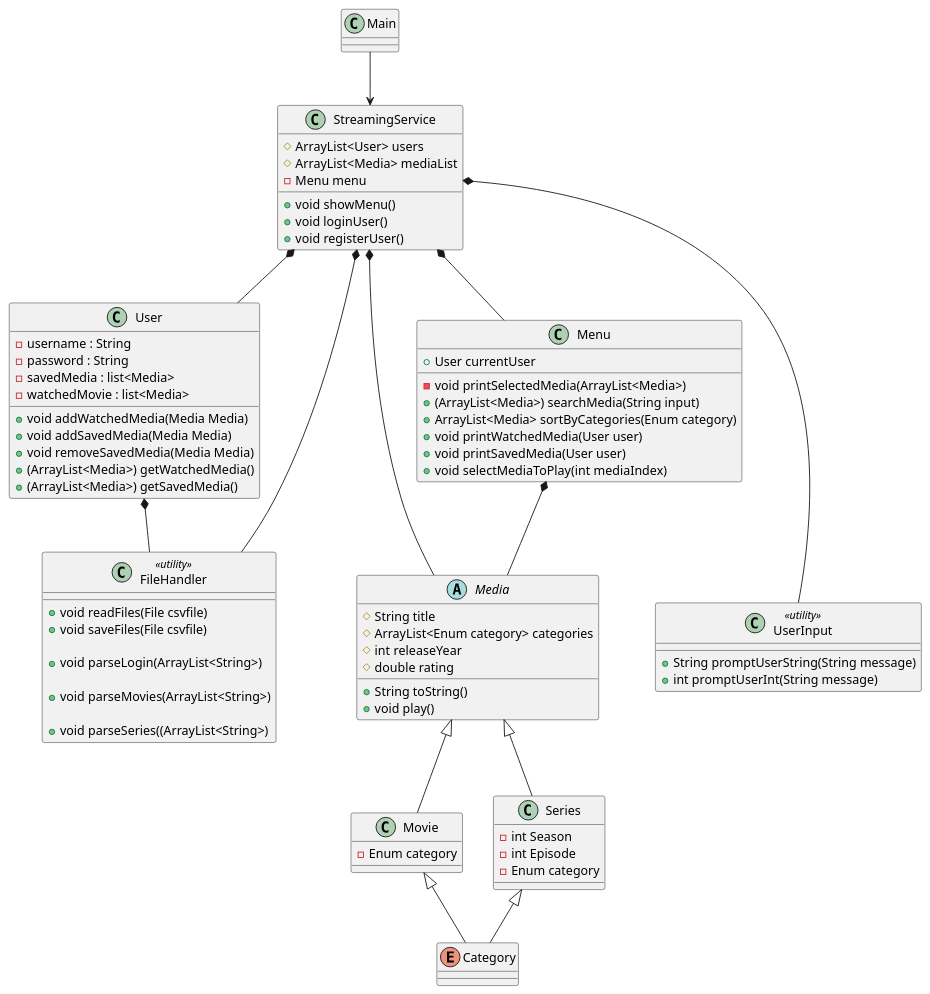
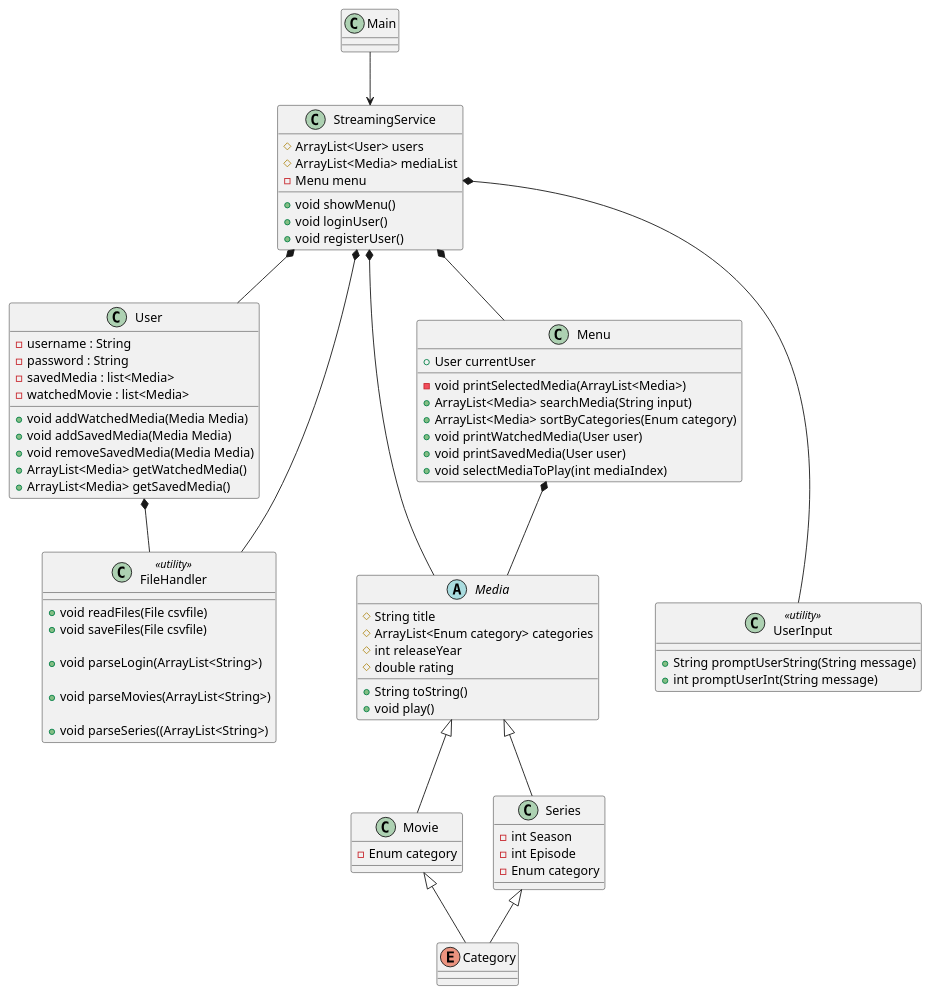
Before and after one commit to Max-Rasmussen/SP3-StreamingService: the diagram in UML DIagram/classDiagram.puml, drawn with PlantUML.

Commit message:
updated classDiagram

```diff
--- a/UML DIagram/classDiagram.puml
+++ b/UML DIagram/classDiagram.puml
@@ -1,121 +1,121 @@
 @startuml
 'https://plantuml.com/sequence-diagram
 
 
 
 
 '==Variabler og methods===
 
 class User{
 - username : String
 - password : String
 - savedMedia : list<Media>
 - watchedMovie : list<Media>
 
 
 + void addWatchedMedia(Media Media)
 + void addSavedMedia(Media Media)
 + void removeSavedMedia(Media Media)
-+ (ArrayList<Media>) getWatchedMedia()
-+ (ArrayList<Media>) getSavedMedia()
++ ArrayList<Media> getWatchedMedia()
++ ArrayList<Media> getSavedMedia()
 
 }
 
 abstract class Media{
 # String title
 # ArrayList<Enum category> categories
 # int releaseYear
 # double rating
 
 + String toString()
 + void play()
 
 
 }
 
 class Main
 
 class Movie{
 
 -Enum category
 }
 
 class Series{
 -int Season
 -int Episode
 -Enum category
 }
 
 
 enum Category
 class StreamingService{
 # ArrayList<User> users
 # ArrayList<Media> mediaList
 - Menu menu
 
 + void showMenu()
 + void loginUser()
 + void registerUser()
 
 
 }
 class FileHandler <<utility>> {
 
 + void readFiles(File csvfile)
 + void saveFiles(File csvfile)
 
 + void parseLogin(ArrayList<String>)
 
 + void parseMovies(ArrayList<String>)
 
 + void parseSeries((ArrayList<String>)
 
 
 }
 
 
 class UserInput <<utility>>{
 
 
 +String promptUserString(String message)
 +int promptUserInt(String message)
 
 }
 class Menu{
 +User currentUser
 
 - void printSelectedMedia(ArrayList<Media>)
-+ (ArrayList<Media>) searchMedia(String input)
++ ArrayList<Media> searchMedia(String input)
 + ArrayList<Media> sortByCategories(Enum category)
 + void printWatchedMedia(User user)
 + void printSavedMedia(User user)
 + void selectMediaToPlay(int mediaIndex)
 
 }
 
 
 '==ARV===
 
 User *-- FileHandler
 StreamingService *-- FileHandler
 
 Menu *-- Media
 
 Main --> StreamingService
 
 StreamingService *--- UserInput
 StreamingService *-- Media
 StreamingService *-- Menu
 StreamingService *-- User
 
 
 Media <|-- Movie
 Media <|-- Series
 
 
 Movie <|-- Category
 Series <|-- Category
 
 
 
 @enduml
```
